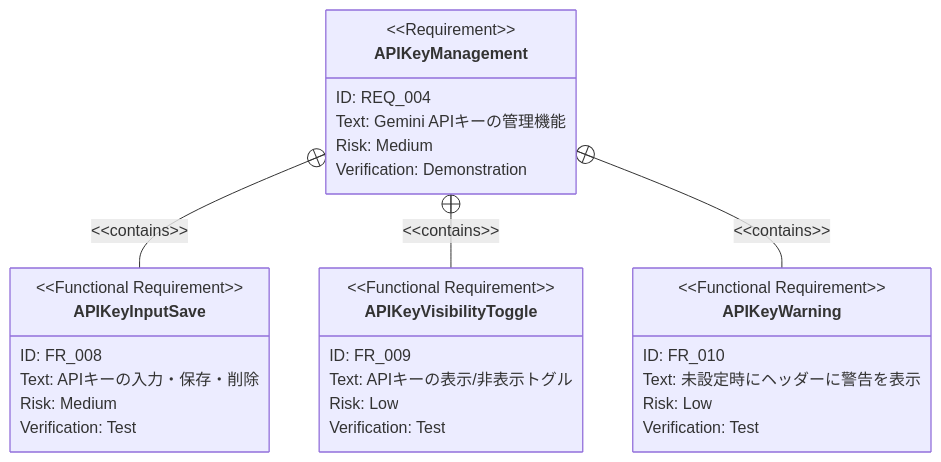
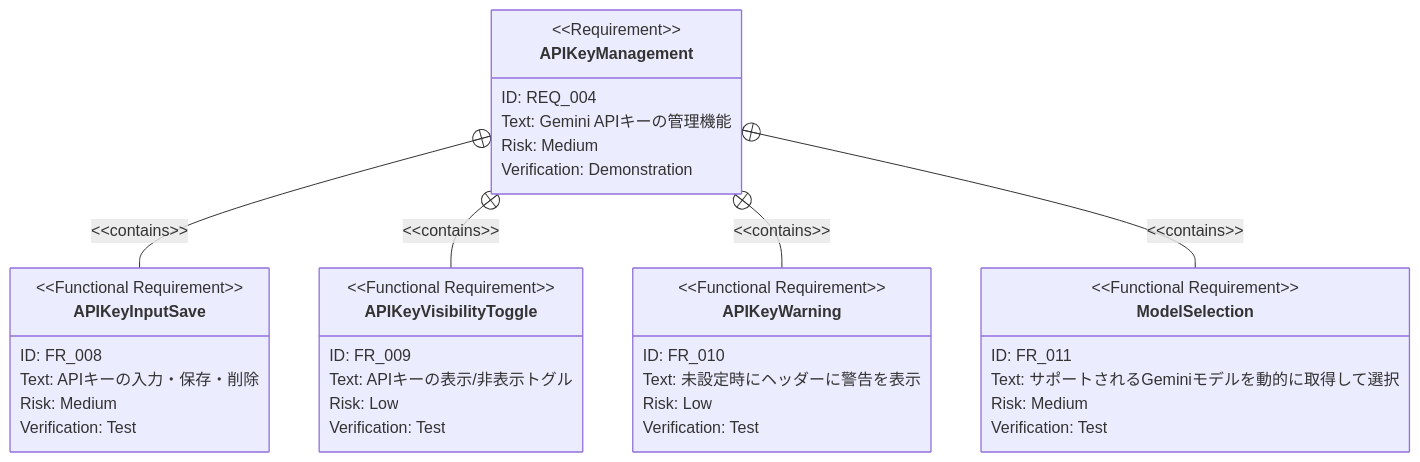
Before and after one commit to SakumaTakuya/gymini: the second of 2 diagrams in docs/prd/api-key/index.md, drawn with Mermaid. The commit also changed other lines of this file and 16 other files, not shown here.

````diff
--- a/docs/prd/api-key/index.md
+++ b/docs/prd/api-key/index.md
@@ -53,34 +53,42 @@
 ```mermaid
 requirementDiagram
     requirement APIKeyManagement {
         id: REQ_004
         text: "Gemini APIキーの管理機能"
         risk: medium
         verifymethod: demonstration
     }
 
     functionalRequirement APIKeyInputSave {
         id: FR_008
         text: "APIキーの入力・保存・削除"
         risk: medium
         verifymethod: test
     }
 
     functionalRequirement APIKeyVisibilityToggle {
         id: FR_009
         text: "APIキーの表示/非表示トグル"
         risk: low
         verifymethod: test
     }
 
     functionalRequirement APIKeyWarning {
         id: FR_010
         text: "未設定時にヘッダーに警告を表示"
         risk: low
         verifymethod: test
     }
 
+    functionalRequirement ModelSelection {
+        id: FR_011
+        text: "サポートされるGeminiモデルを動的に取得して選択"
+        risk: medium
+        verifymethod: test
+    }
+
     APIKeyManagement - contains -> APIKeyInputSave
     APIKeyManagement - contains -> APIKeyVisibilityToggle
     APIKeyManagement - contains -> APIKeyWarning
+    APIKeyManagement - contains -> ModelSelection
 ```
````
